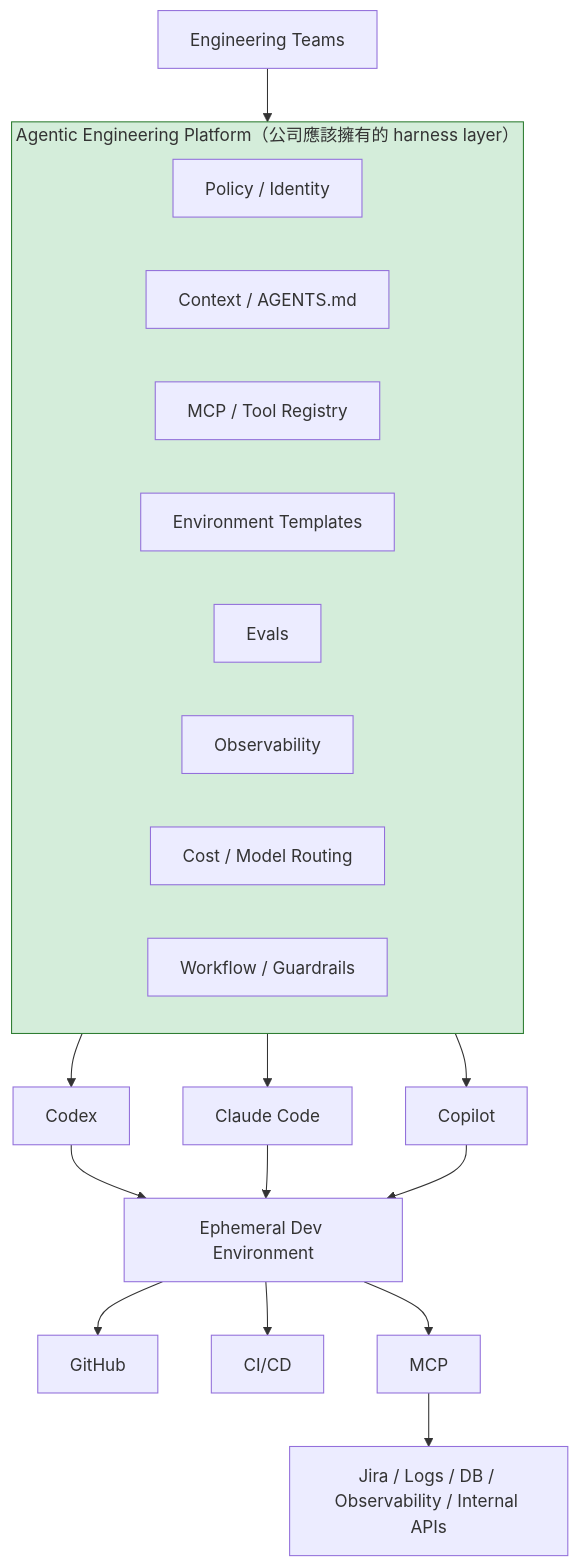
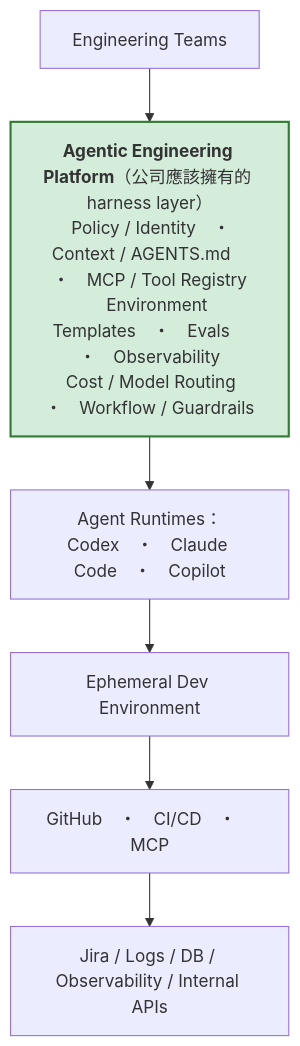
One commit to fantasybz/medium-articles changed the sixth of 8 diagrams in 2026-09-agentic-engineering-platform/article.md. Above: the diagram before and after it, drawn with Mermaid. The commit also changed other lines of this file and 26 other files, not shown here.

First line of the commit message:
Redraw the remaining wide and tall diagrams across all four articles

````diff
--- a/2026-09-agentic-engineering-platform/article.md
+++ b/2026-09-agentic-engineering-platform/article.md
@@ -272,26 +281,14 @@
 ```mermaid
 flowchart TB
-    TEAMS["Engineering Teams"] --> PLATFORM
-    subgraph PLATFORM["Agentic Engineering Platform（公司應該擁有的 harness layer）"]
-        direction LR
-        P1["Policy / Identity"]
-        P2["Context / AGENTS.md"]
-        P3["MCP / Tool Registry"]
-        P4["Environment Templates"]
-        P5["Evals"]
-        P6["Observability"]
-        P7["Cost / Model Routing"]
-        P8["Workflow / Guardrails"]
-    end
-    PLATFORM --> CODEX["Codex"]
-    PLATFORM --> CLAUDE["Claude Code"]
-    PLATFORM --> COPILOT["Copilot"]
-    CODEX --> ENV["Ephemeral Dev Environment"]
-    CLAUDE --> ENV
-    COPILOT --> ENV
-    ENV --> GH["GitHub"]
-    ENV --> CI["CI/CD"]
-    ENV --> MCP["MCP"]
-    MCP --> INT["Jira / Logs / DB / Observability / Internal APIs"]
-    style PLATFORM fill:#d4edda,stroke:#2e7d32
+    TEAMS["Engineering Teams"]
+    PLATFORM["<b>Agentic Engineering Platform</b>（公司應該擁有的 harness layer）
+    Policy / Identity　・　Context / AGENTS.md　・　MCP / Tool Registry
+    Environment Templates　・　Evals　・　Observability
+    Cost / Model Routing　・　Workflow / Guardrails"]
+    RT["Agent Runtimes：Codex　・　Claude Code　・　Copilot"]
+    ENV["Ephemeral Dev Environment"]
+    OUT["GitHub　・　CI/CD　・　MCP"]
+    INT["Jira / Logs / DB / Observability / Internal APIs"]
+    TEAMS --> PLATFORM --> RT --> ENV --> OUT --> INT
+    style PLATFORM fill:#d4edda,stroke:#2e7d32,stroke-width:2px
 ```
````
